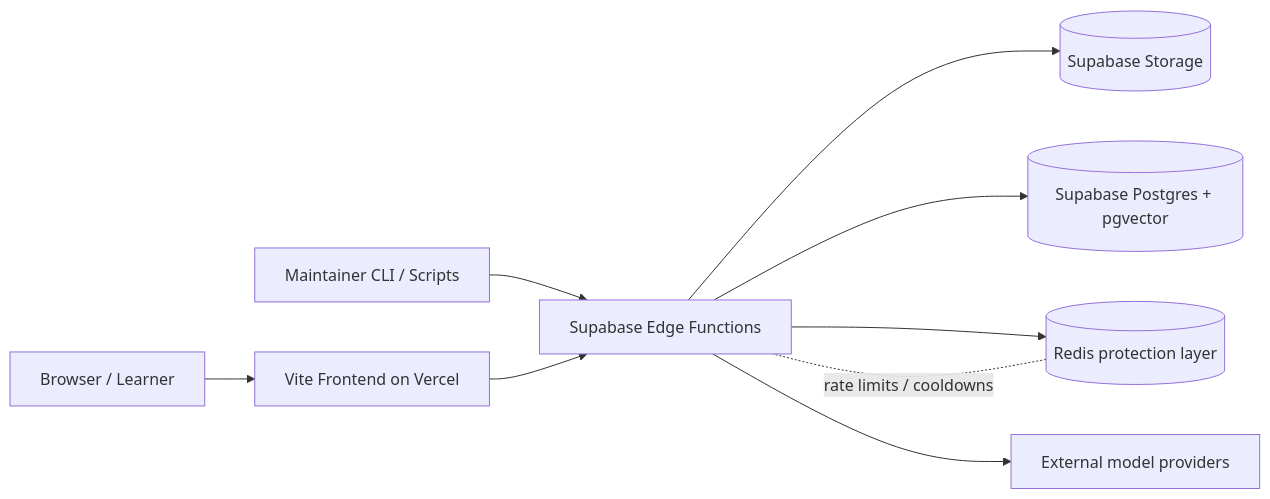
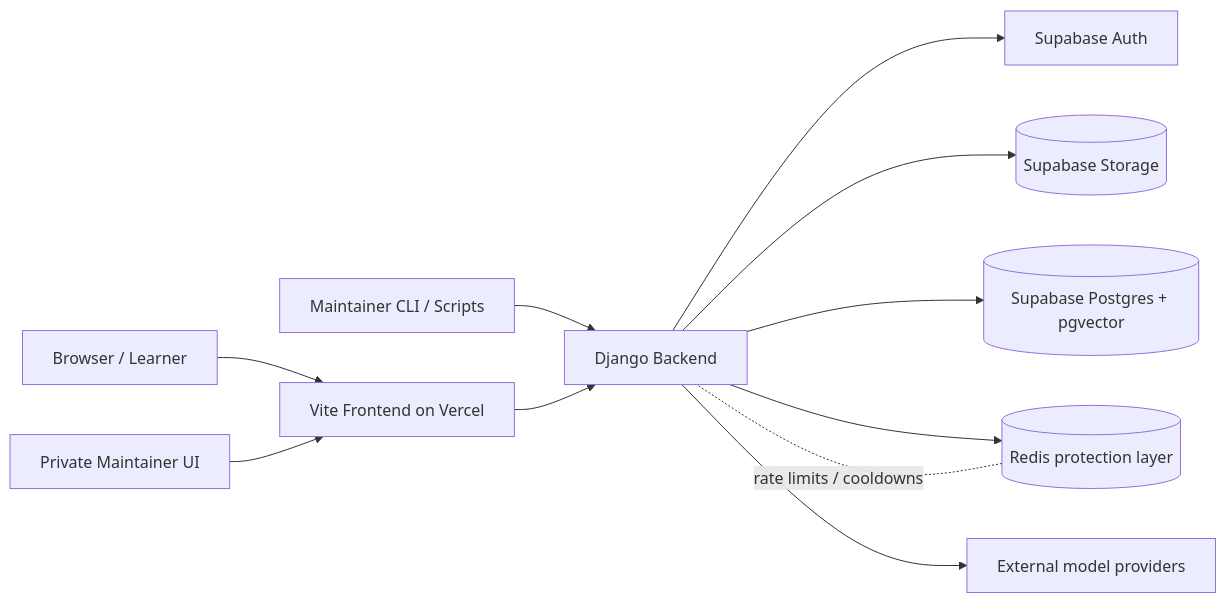
The diagram in _bmad-output/planning-artifacts/architecture.md (Nakk00/global-governance), drawn with Mermaid before and after one commit. The commit also changed other lines of this file and 67 other files, not shown here.

Commit message:
feat: establish django backend foundation

````diff
--- a/_bmad-output/planning-artifacts/architecture.md
+++ b/_bmad-output/planning-artifacts/architecture.md
@@ -916,11 +1051,13 @@
 ```mermaid
 flowchart LR
   U[Browser / Learner] --> F[Vite Frontend on Vercel]
-  M[Maintainer CLI / Scripts] --> SF[Supabase Edge Functions]
-  F --> SF
-  SF --> S[(Supabase Storage)]
-  SF --> P[(Supabase Postgres + pgvector)]
-  SF --> R[(Redis protection layer)]
-  SF --> L[External model providers]
-  R -. rate limits / cooldowns .- SF
+  A[Private Maintainer UI] --> F
+  M[Maintainer CLI / Scripts] --> D[Django Backend]
+  F --> D
+  D --> SA[Supabase Auth]
+  D --> S[(Supabase Storage)]
+  D --> P[(Supabase Postgres + pgvector)]
+  D --> R[(Redis protection layer)]
+  D --> L[External model providers]
+  R -. rate limits / cooldowns .- D
 ```
````
